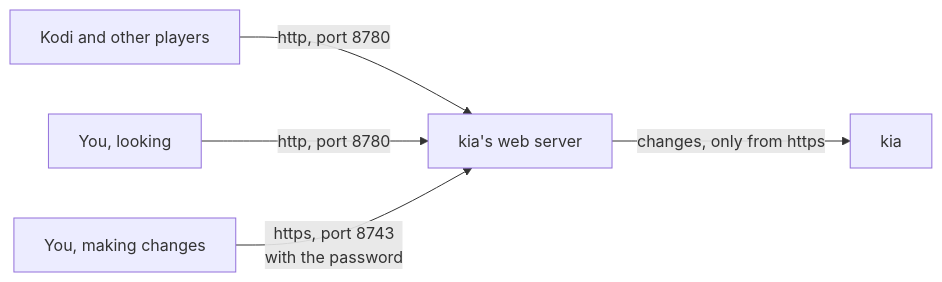
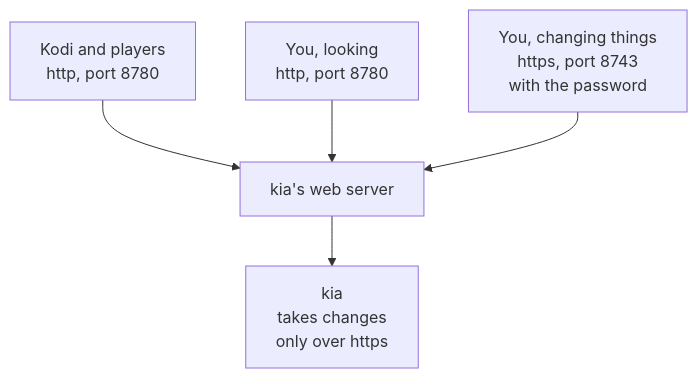
The diagram in docs/secure-page.md (southsidedean/kodi-iptv-assistant), drawn with Mermaid before and after one commit. The commit also changed 4 other files, not shown here.

First line of the commit message:
Docs: diagrams that read well on GitHub, light and dark (#57)

````diff
--- a/docs/secure-page.md
+++ b/docs/secure-page.md
@@ -12,7 +12,7 @@
 ```mermaid
-flowchart LR
-  players["Kodi and other players"] -- "http, port 8780" --> web["kia's web server"]
-  look["You, looking"] -- "http, port 8780" --> web
-  change["You, making changes"] -- "https, port 8743<br>with the password" --> web
-  web -- "changes, only from https" --> kia["kia"]
+flowchart TB
+  players["Kodi and players<br>http, port 8780"] --> web["kia's web server"]
+  look["You, looking<br>http, port 8780"] --> web
+  change["You, changing things<br>https, port 8743<br>with the password"] --> web
+  web --> kia["kia<br>takes changes<br>only over https"]
 ```
````
